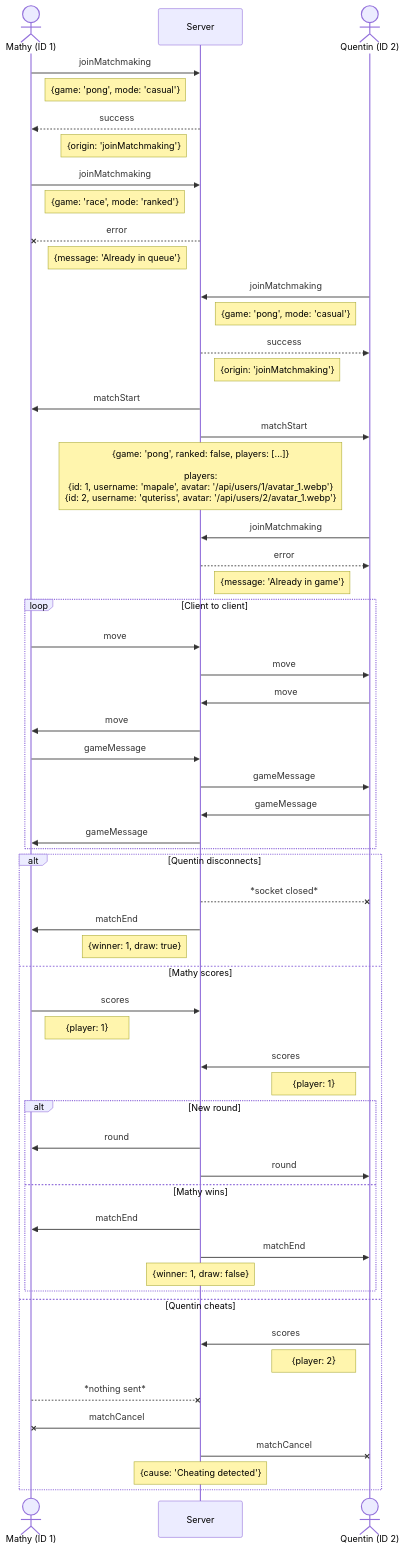
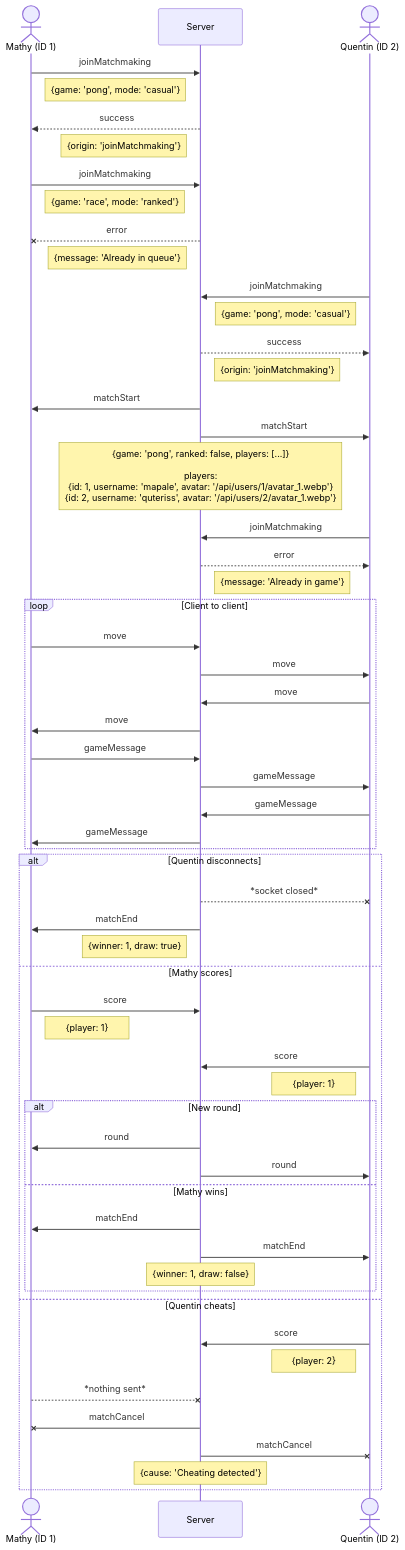
One commit to deydoux/42cursus-ft_transcendence changed the diagram in docs/WebSocket/match.md. Above: the diagram before and after it, drawn with Mermaid. The commit also changed 2 other files, not shown here.

Commit message:
feat: add score message handling and update ClientTunnelMessage type

````diff
--- a/docs/WebSocket/match.md
+++ b/docs/WebSocket/match.md
@@ -3,70 +3,70 @@
 ```mermaid
 sequenceDiagram
   actor m as Mathy (ID 1)
   participant s as Server
   actor q as Quentin (ID 2)
 
   m ->> s: joinMatchmaking
   Note right of m: {game: 'pong', mode: 'casual'}
   s -->> m: success
   Note left of s: {origin: 'joinMatchmaking'}
 
   m ->> s: joinMatchmaking
   Note right of m: {game: 'race', mode: 'ranked'}
   s --x m: error
   Note left of s: {message: 'Already in queue'}
 
   q ->> s: joinMatchmaking
   Note left of q: {game: 'pong', mode: 'casual'}
   s -->> q: success
   Note right of s: {origin: 'joinMatchmaking'}
 
   s ->> m: matchStart
   s ->> q: matchStart
   Note over s: {game: 'pong', ranked: false, players: [...]}<br><br> players:<br>{id: 1, username: 'mapale', avatar: '/api/users/1/avatar_1.webp'}<br>{id: 2, username: 'quteriss', avatar: '/api/users/2/avatar_1.webp'}
 
   q ->> s: joinMatchmaking
   s -->> q: error
   Note right of s: {message: 'Already in game'}
 
   loop Client to client
     m ->> s: move
     s ->> q: move
     q ->> s: move
     s ->> m: move
 
     m ->> s: gameMessage
     s ->> q: gameMessage
     q ->> s: gameMessage
     s ->> m: gameMessage
   end
 
   alt Quentin disconnects
     s --x q: *socket closed*
     s ->> m: matchEnd
     Note left of s: {winner: 1, draw: true}
 
   else Mathy scores
-    m ->> s: scores
+    m ->> s: score
     Note right of m: {player: 1}
-    q ->> s: scores
+    q ->> s: score
     Note left of q: {player: 1}
 
     alt New round
       s ->> m: round
       s ->> q: round
     else Mathy wins
       s ->> m: matchEnd
       s ->> q: matchEnd
       Note over s: {winner: 1, draw: false}
     end
 
   else Quentin cheats
-    q ->> s: scores
+    q ->> s: score
     Note left of q: {player: 2}
     m --x s: *nothing sent*
     s -x m: matchCancel
     s -x q: matchCancel
     Note over s: {cause: 'Cheating detected'}
   end
 ```
````
